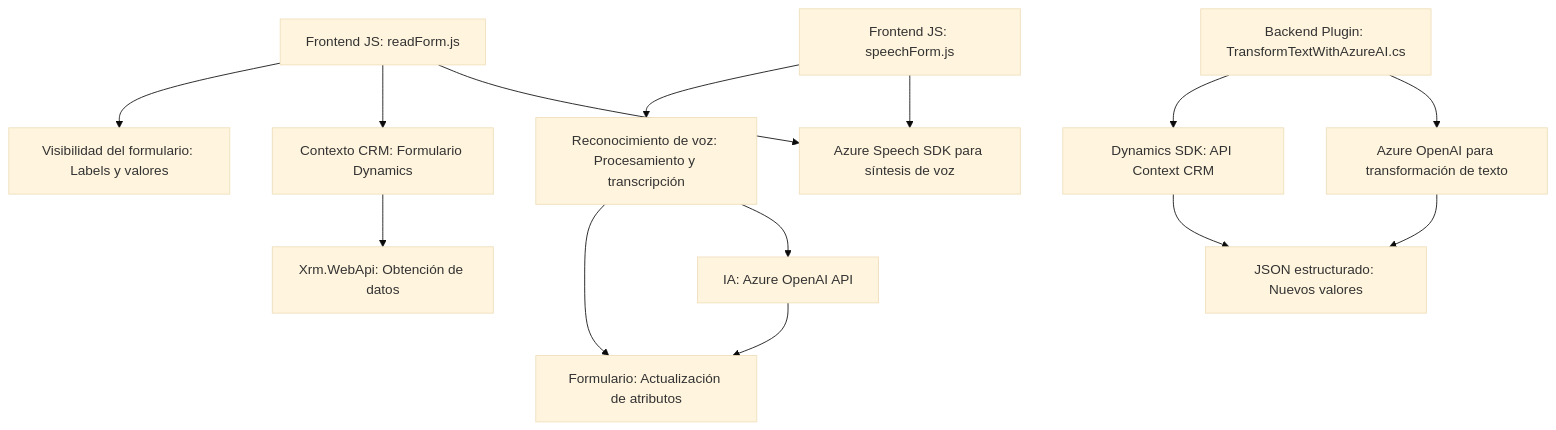
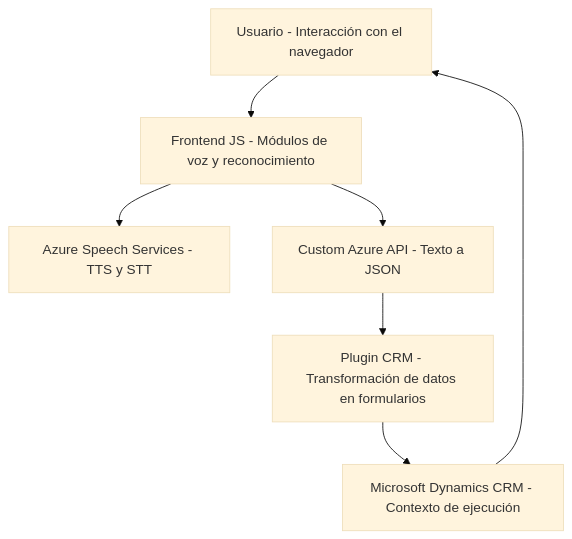
Before and after one commit to blopezdm/NETCORE_BILBAO2025: the diagram in README.md, drawn with Mermaid (base theme). The commit also changed other lines of this file, not shown here.

Commit message:
Actualizar análisis global de la solución con IA

````diff
--- a/README.md
+++ b/README.md
@@ -47,18 +46,16 @@
 ```mermaid
 graph TD
-    A["Frontend JS: readForm.js"] --> B["Azure Speech SDK para síntesis de voz"]
-    A --> C["Contexto CRM: Formulario Dynamics"]
-    A --> D["Visibilidad del formulario: Labels y valores"]
-    C --> E["Xrm.WebApi: Obtención de datos"]
-    
-    F["Frontend JS: speechForm.js"] --> B
-    F --> G["Reconocimiento de voz: Procesamiento y transcripción"]
-    G --> H["IA: Azure OpenAI API"]
-    H --> I["Formulario: Actualización de atributos"]
-    G --> I
+    A["Usuario - Interacción con el navegador"]
+    B["Frontend JS - Módulos de voz y reconocimiento"]
+    C["Azure Speech Services - TTS y STT"]
+    D["Custom Azure API - Texto a JSON"]
+    E["Plugin CRM - Transformación de datos en formularios"]
+    F["Microsoft Dynamics CRM - Contexto de ejecución"]
 
-    J["Backend Plugin: TransformTextWithAzureAI.cs"] --> K["Azure OpenAI para transformación de texto"]
-    K --> L["JSON estructurado: Nuevos valores"]
-    J --> M["Dynamics SDK: API Context CRM"]
-    M --> L
+    A --> B
+    B --> C
+    B --> D
+    D --> E
+    E --> F
+    F --> A
 ```
````
